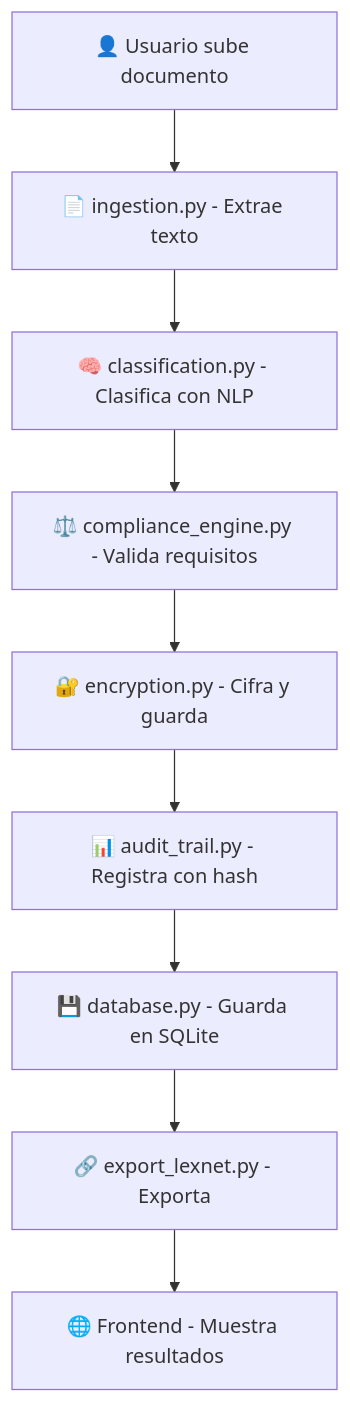
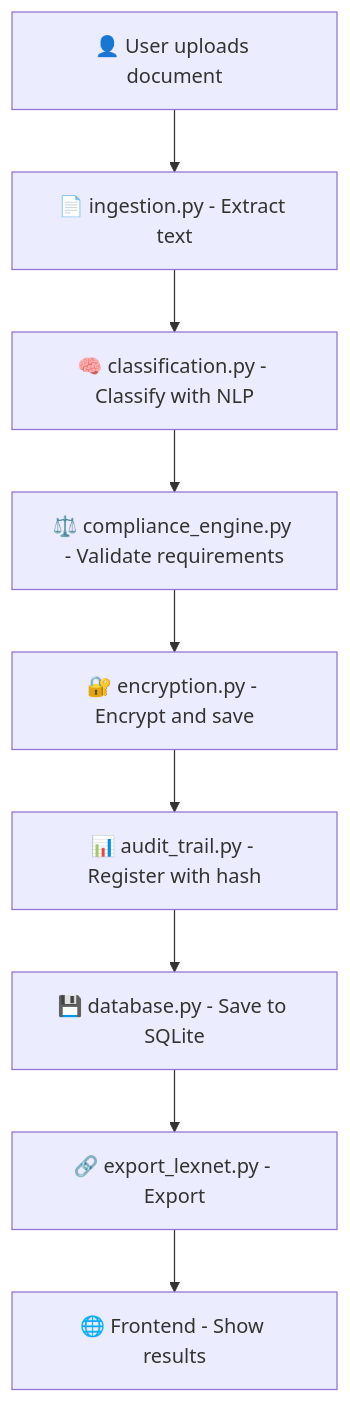
One commit to HeilyMadelay-hub/showcase-ai changed the diagram in README.md. Above: the diagram before and after it, drawn with Mermaid. The commit also changed other lines of this file, not shown here.

````diff
--- a/README.md
+++ b/README.md
@@ -175,11 +175,11 @@
 ```mermaid
 graph TD
-    A[👤 Usuario sube documento] --> B[📄 ingestion.py - Extrae texto]
-    B --> C[🧠 classification.py - Clasifica con NLP]  
-    C --> D[⚖️ compliance_engine.py - Valida requisitos]
-    D --> E[🔐 encryption.py - Cifra y guarda]
-    E --> F[📊 audit_trail.py - Registra con hash]
-    F --> G[💾 database.py - Guarda en SQLite]
-    G --> H[🔗 export_lexnet.py - Exporta]
-    H --> I[🌐 Frontend - Muestra resultados]
+    A[👤 User uploads document] --> B[📄 ingestion.py - Extract text]
+    B --> C[🧠 classification.py - Classify with NLP]  
+    C --> D[⚖️ compliance_engine.py - Validate requirements]
+    D --> E[🔐 encryption.py - Encrypt and save]
+    E --> F[📊 audit_trail.py - Register with hash]
+    F --> G[💾 database.py - Save to SQLite]
+    G --> H[🔗 export_lexnet.py - Export]
+    H --> I[🌐 Frontend - Show results]
 ```
````
